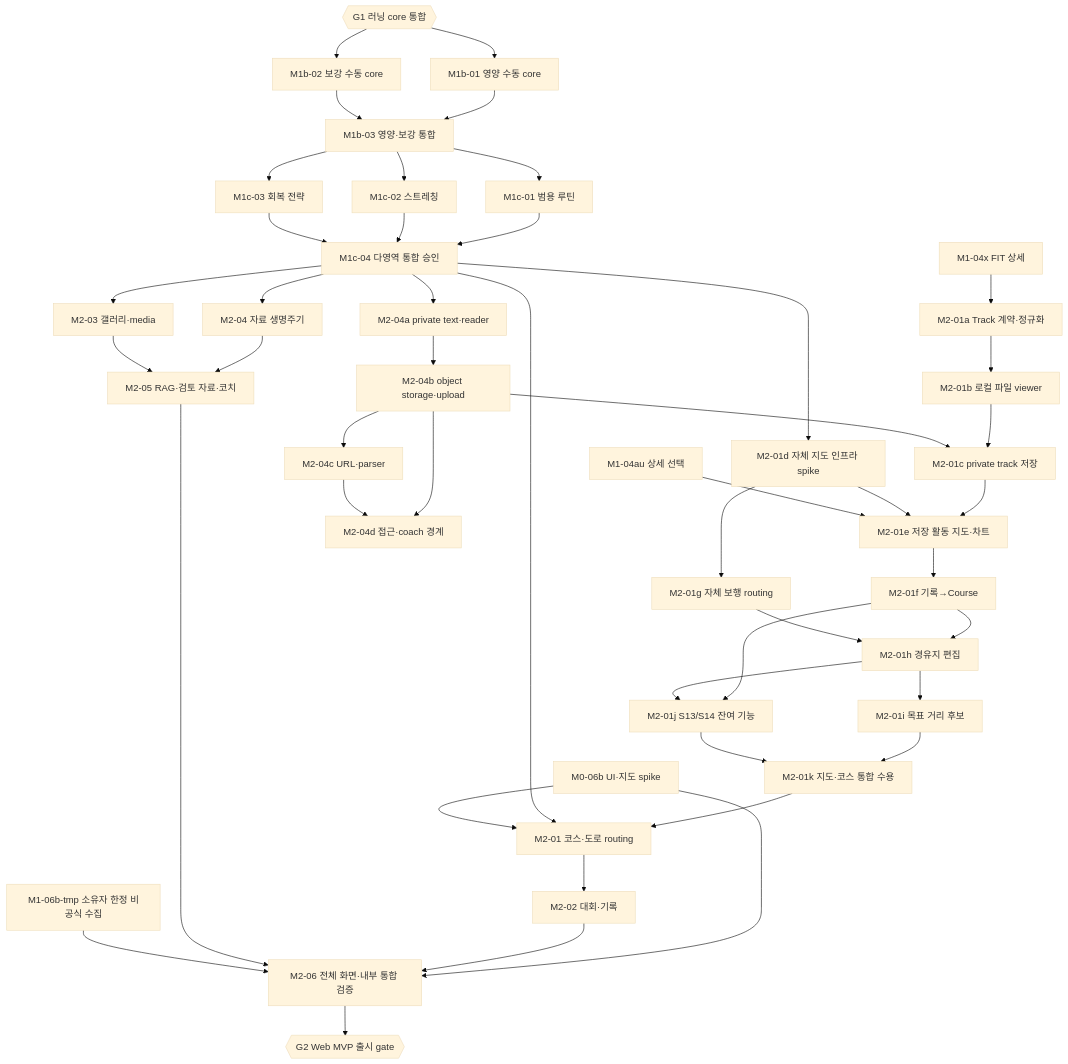
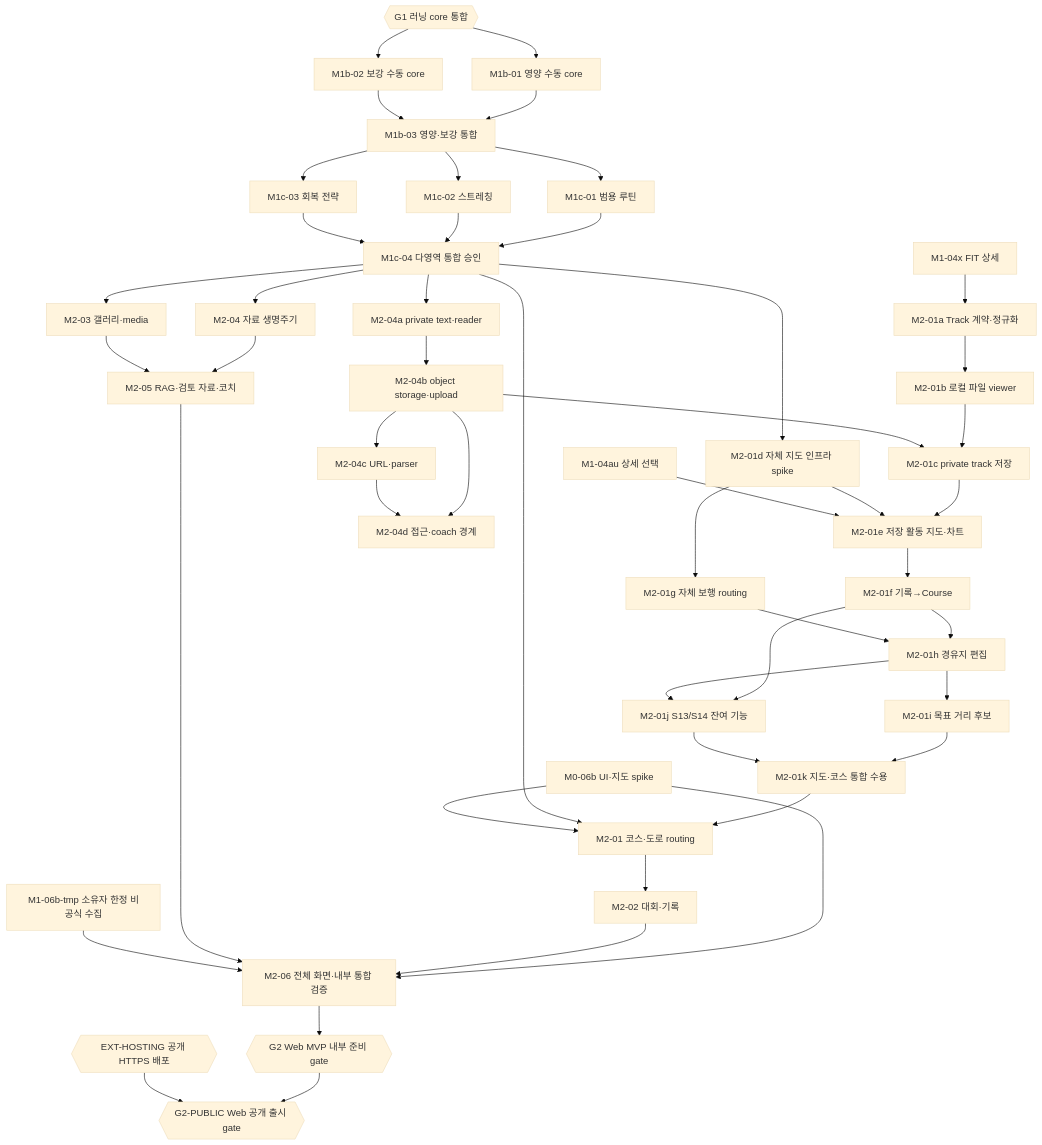
The second of 3 diagrams in docs/implementation/task-graph.md (peacecheejecake/workout-manager), drawn with Mermaid (base theme) before and after one commit. The commit also changed other lines of this file and 6 other files, not shown here.

Commit message:
docs(release): separate internal readiness from HTTPS launch gate

````diff
--- a/docs/implementation/task-graph.md
+++ b/docs/implementation/task-graph.md
@@ -480,7 +480,9 @@
     task29d["M2-04d 접근·coach 경계"]
     task30["M2-05 RAG·검토 자료·코치"]
     task31["M2-06 전체 화면·내부 통합 검증"]
-    task33{{"G2 Web MVP 출시 gate"}}
+    task33{{"G2 Web MVP 내부 준비 gate"}}
+    hosting{{"EXT-HOSTING 공개 HTTPS 배포"}}
+    publicGate{{"G2-PUBLIC Web 공개 출시 gate"}}
     task18 --> task19
     task18 --> task20
     task19 --> task21
@@ -508,4 +510,6 @@
     task30 --> task31
     garminTmp --> task31
     task31 --> task33
+    task33 --> publicGate
+    hosting --> publicGate
 ```
````
